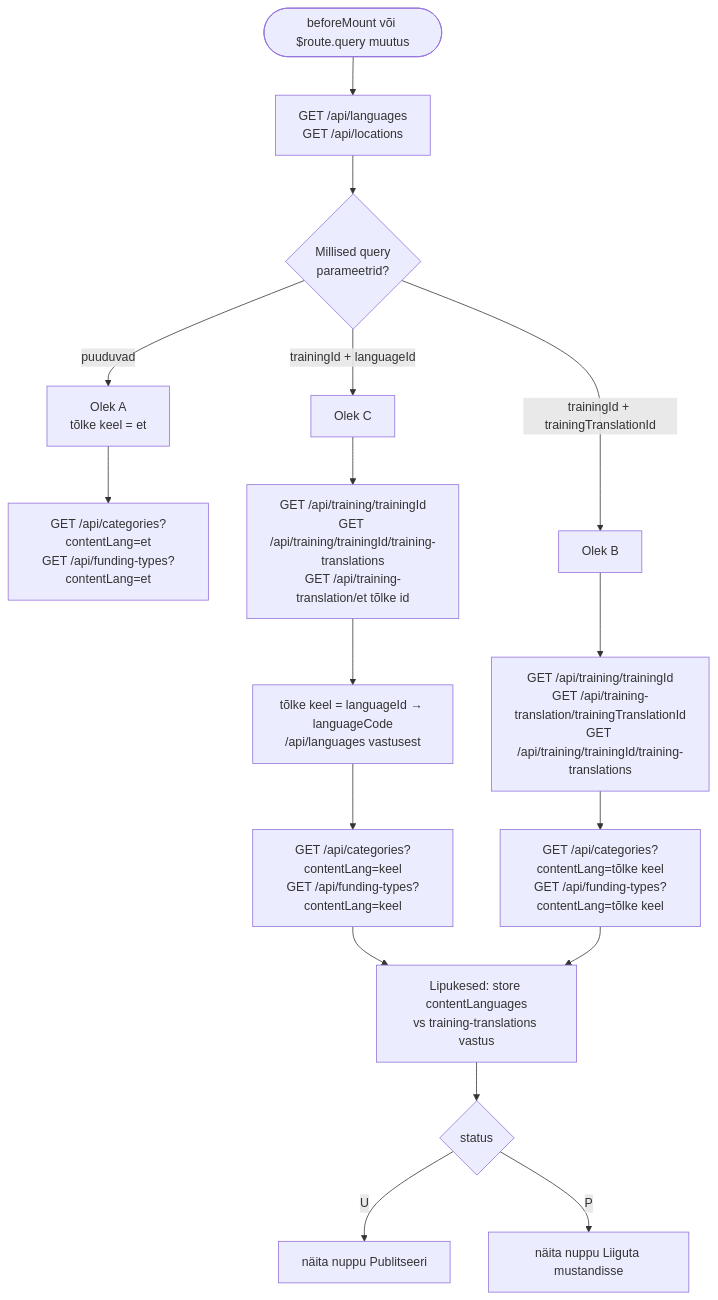
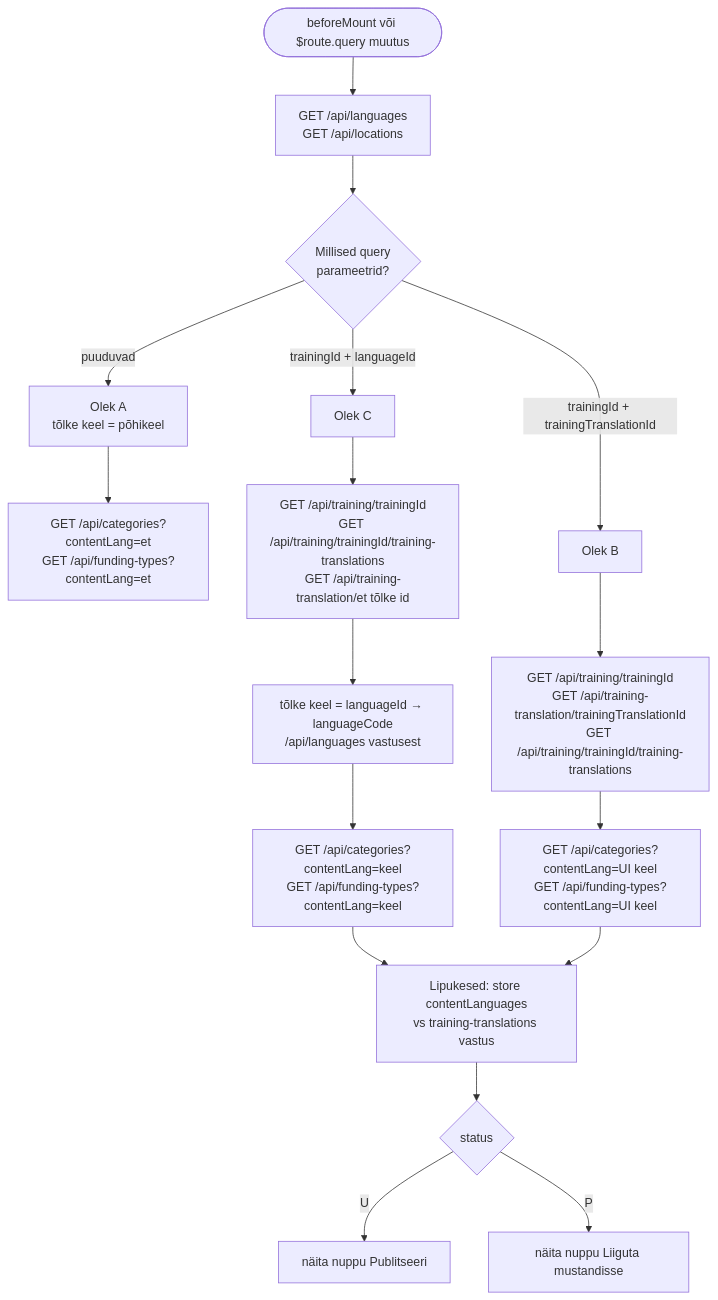
One commit to FredLehing/bcs-koolitused changed the second of 7 diagrams in docs/mock-wireframe/loo-mock-vaade/training-form-view-skeemid.md. Above: the diagram before and after it, drawn with Mermaid. The commit also changed other lines of this file and 12 other files, not shown here.

````diff
--- a/docs/mock-wireframe/loo-mock-vaade/training-form-view-skeemid.md
+++ b/docs/mock-wireframe/loo-mock-vaade/training-form-view-skeemid.md
@@ -63,23 +63,23 @@
 ```mermaid
 flowchart TD
     Start([beforeMount või $route.query muutus]) --> Common[GET /api/languages<br/>GET /api/locations]
     Common --> Q{Millised query<br/>parameetrid?}
 
-    Q -- puuduvad --> A[Olek A<br/>tõlke keel = et]
+    Q -- puuduvad --> A[Olek A<br/>tõlke keel = põhikeel]
     A --> DropA[GET /api/categories?contentLang=et<br/>GET /api/funding-types?contentLang=et]
 
     Q -- trainingId + languageId --> B[Olek C]
     B --> LoadB[GET /api/training/trainingId<br/>GET /api/training/trainingId/training-translations<br/>GET /api/training-translation/et tõlke id]
     LoadB --> LangB[tõlke keel = languageId → languageCode<br/>/api/languages vastusest]
     LangB --> DropB[GET /api/categories?contentLang=keel<br/>GET /api/funding-types?contentLang=keel]
 
     Q -- trainingId + trainingTranslationId --> C[Olek B]
     C --> LoadC[GET /api/training/trainingId<br/>GET /api/training-translation/trainingTranslationId<br/>GET /api/training/trainingId/training-translations]
-    LoadC --> DropC[GET /api/categories?contentLang=tõlke keel<br/>GET /api/funding-types?contentLang=tõlke keel]
+    LoadC --> DropC[GET /api/categories?contentLang=UI keel<br/>GET /api/funding-types?contentLang=UI keel]
 
     DropB --> Flags[Lipukesed: store contentLanguages<br/>vs training-translations vastus]
     DropC --> Flags
     Flags --> Status{status}
     Status -- U --> BtnP[näita nuppu Publitseeri]
     Status -- P --> BtnD[näita nuppu Liiguta mustandisse]
 ```
````
